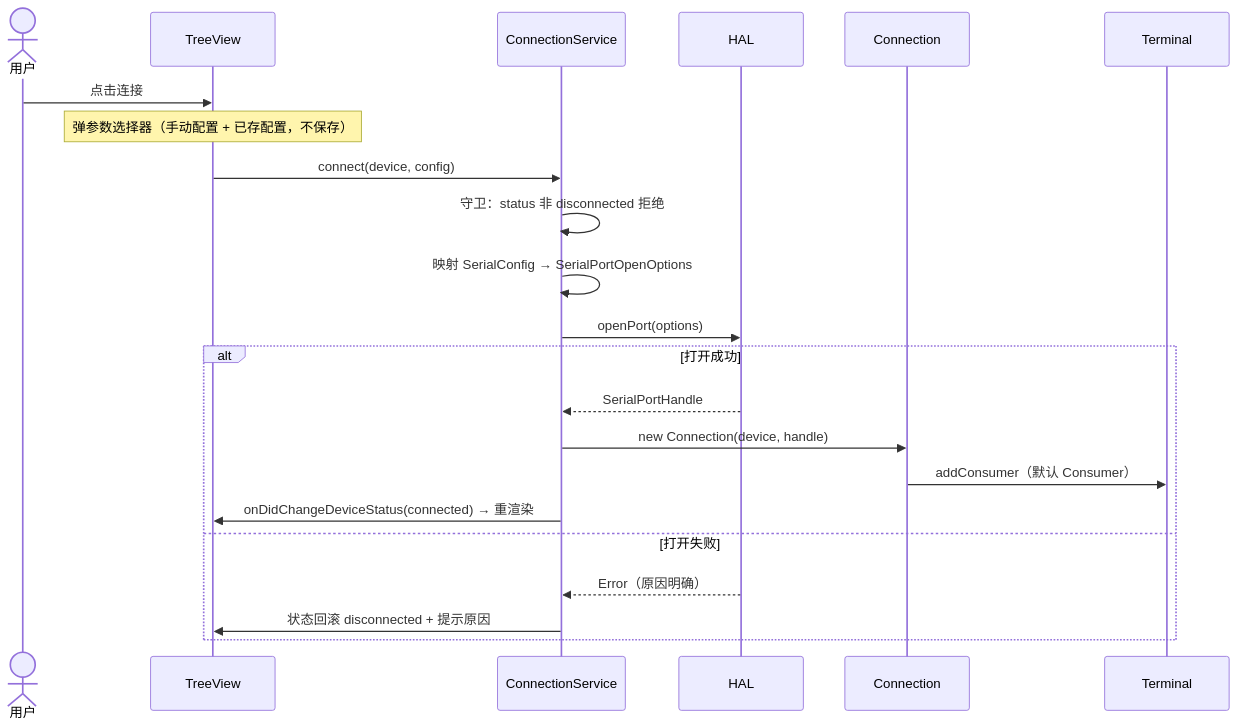
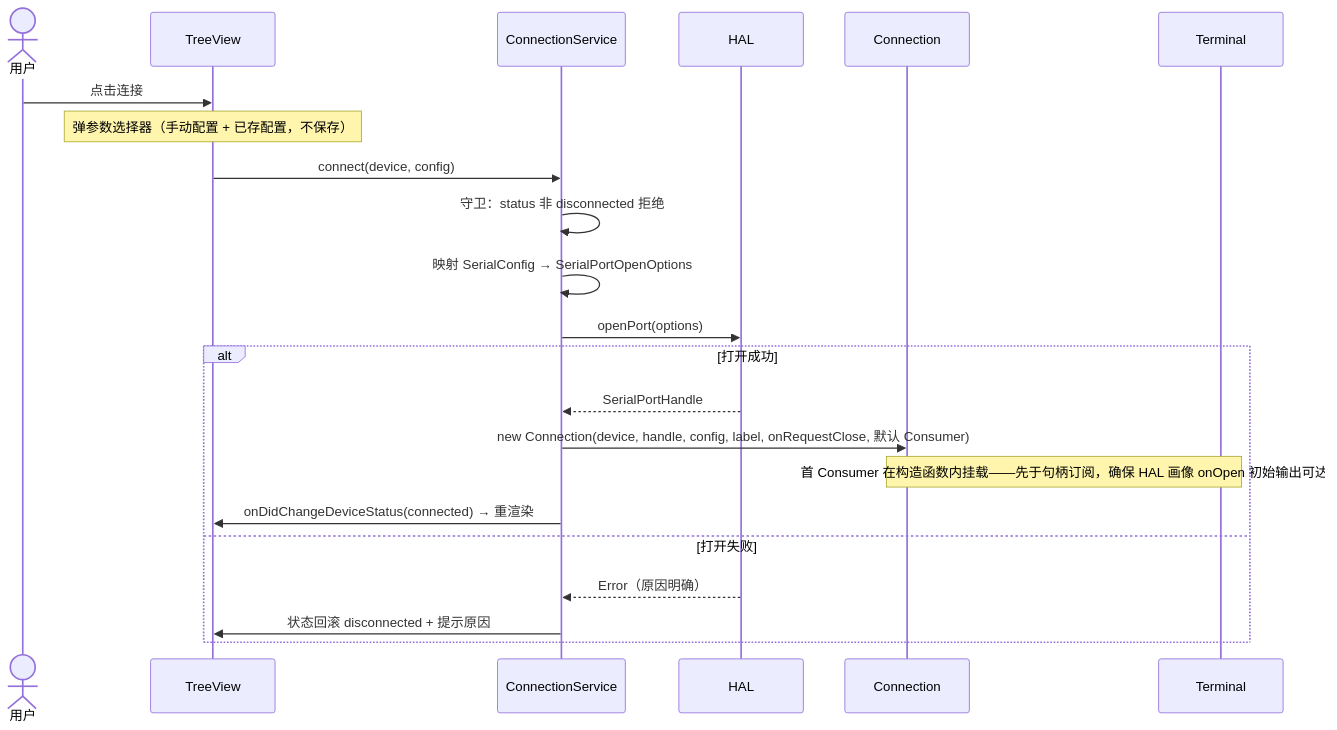
The third of 5 diagrams in doc/总体架构.md (ziqiang-zhu/vscode-serial-port-terminal), drawn with Mermaid before and after one commit. The commit also changed other lines of this file and 14 other files, not shown here.

````diff
--- a/doc/总体架构.md
+++ b/doc/总体架构.md
@@ -94,25 +107,25 @@
 ```mermaid
 sequenceDiagram
     actor U as 用户
     participant V as TreeView
     participant C as ConnectionService
     participant H as HAL
     participant Conn as Connection
     participant T as Terminal
 
     U->>V: 点击连接
     Note over V: 弹参数选择器（手动配置 + 已存配置，不保存）
     V->>C: connect(device, config)
     C->>C: 守卫：status 非 disconnected 拒绝
     C->>C: 映射 SerialConfig → SerialPortOpenOptions
     C->>H: openPort(options)
     alt 打开成功
         H-->>C: SerialPortHandle
-        C->>Conn: new Connection(device, handle)
-        Conn->>T: addConsumer（默认 Consumer）
+        C->>Conn: new Connection(device, handle, config, label, onRequestClose, 默认 Consumer)
+        Note over Conn,T: 首 Consumer 在构造函数内挂载——先于句柄订阅，确保 HAL 画像 onOpen 初始输出可达
         C->>V: onDidChangeDeviceStatus(connected) → 重渲染
     else 打开失败
         H-->>C: Error（原因明确）
         C->>V: 状态回滚 disconnected + 提示原因
     end
 ```
````
